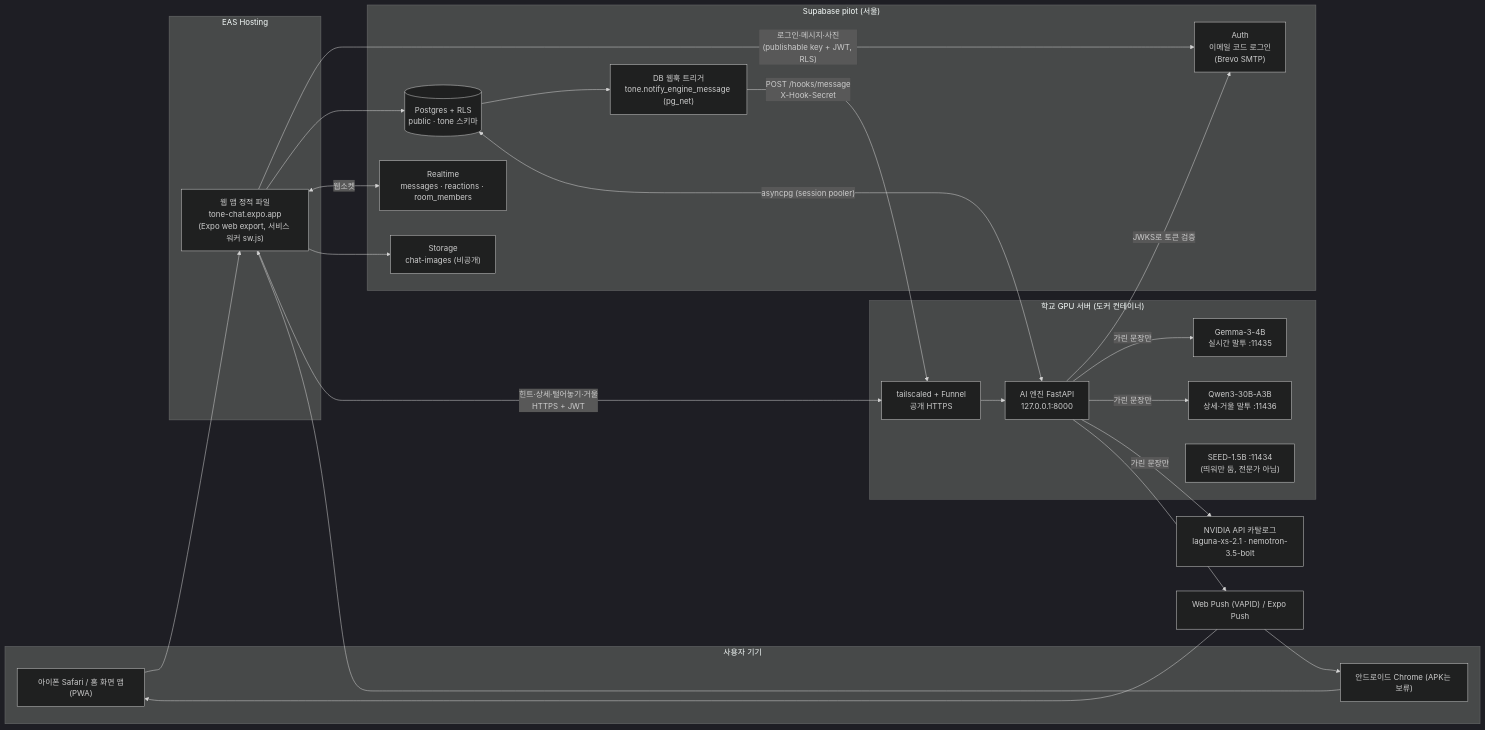
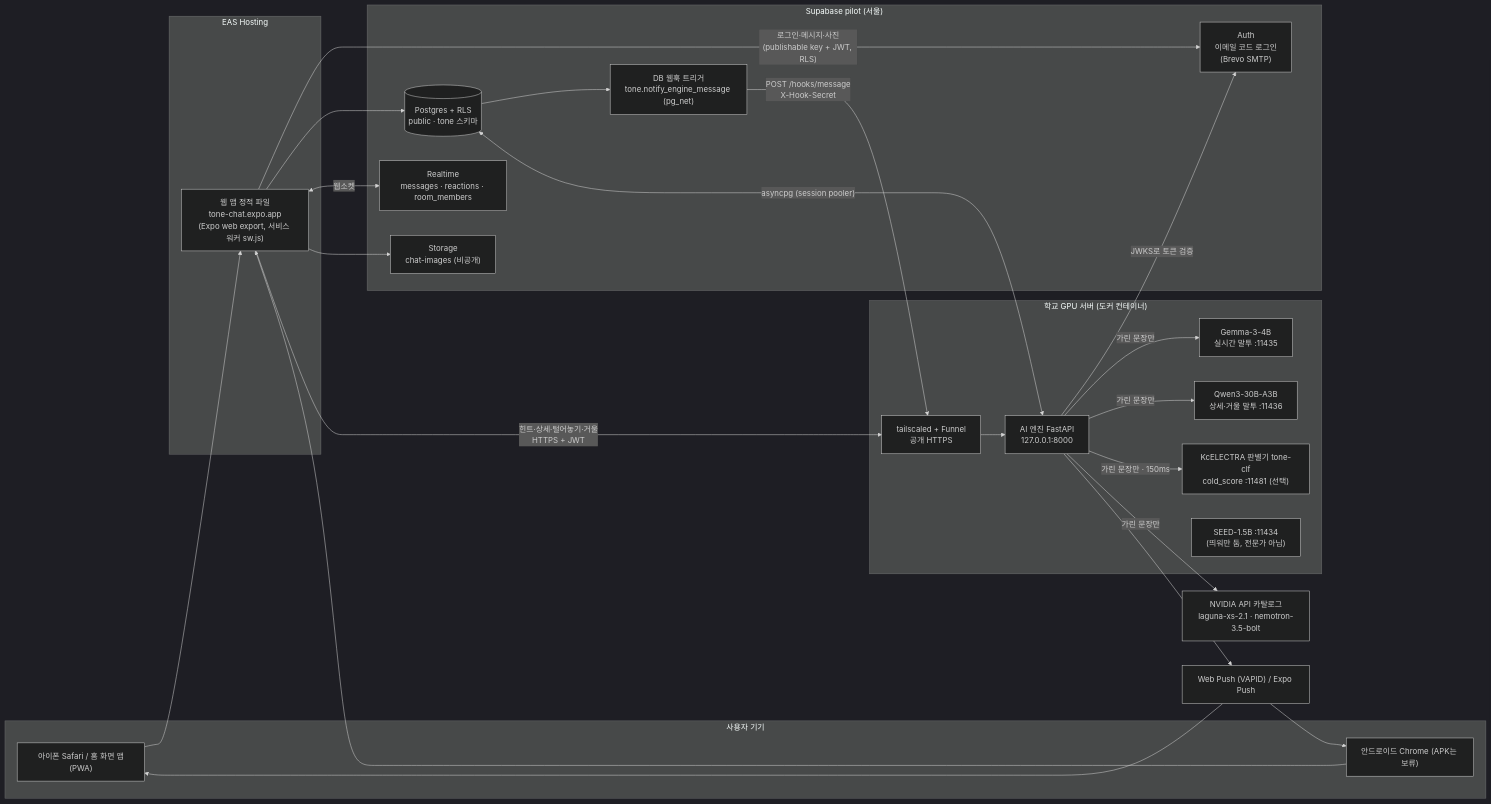
Before and after one commit to Daegyu519/Adventure_Design: the diagram in README.md, drawn with Mermaid (dark theme). The commit also changed other lines of this file and 22 other files, not shown here.

Commit message:
P-28: 학습된 판별기(KcELECTRA)를 집계의 가중 항 clf로 연결 (tone-clf :11481, weights.clf=2.0)

````diff
--- a/README.md
+++ b/README.md
@@ -43,49 +43,51 @@
 ```mermaid
 flowchart LR
   subgraph Devices["사용자 기기"]
     IOS["아이폰 Safari / 홈 화면 앱(PWA)"]
     AND["안드로이드 Chrome (APK는 보류)"]
   end
 
   subgraph Hosting["EAS Hosting"]
     WEB["웹 앱 정적 파일<br/>tone-chat.expo.app<br/>(Expo web export, 서비스 워커 sw.js)"]
   end
 
   subgraph SB["Supabase pilot (서울)"]
     AUTH["Auth<br/>이메일 코드 로그인<br/>(Brevo SMTP)"]
     PG[("Postgres + RLS<br/>public · tone 스키마")]
     RT["Realtime<br/>messages · reactions · room_members"]
     ST["Storage<br/>chat-images (비공개)"]
     HOOK["DB 웹훅 트리거<br/>tone.notify_engine_message (pg_net)"]
   end
 
   subgraph School["학교 GPU 서버 (도커 컨테이너)"]
     TS["tailscaled + Funnel<br/>공개 HTTPS"]
     ENG["AI 엔진 FastAPI<br/>127.0.0.1:8000"]
     GEM["Gemma-3-4B<br/>실시간 말투 :11435"]
     QWEN["Qwen3-30B-A3B<br/>상세·거울 말투 :11436"]
+    CLF["KcELECTRA 판별기 tone-clf<br/>cold_score :11481 (선택)"]
     SEED["SEED-1.5B :11434<br/>(띄워만 둠, 전문가 아님)"]
   end
 
   NV["NVIDIA API 카탈로그<br/>laguna-xs-2.1 · nemotron-3.5-bolt"]
   PUSH["Web Push (VAPID) / Expo Push"]
 
   IOS --> WEB
   AND --> WEB
   WEB -->|"로그인·메시지·사진<br/>(publishable key + JWT, RLS)"| AUTH
   WEB --> PG
   WEB <-->|"웹소켓"| RT
   WEB --> ST
   WEB -->|"힌트·상세·털어놓기·거울<br/>HTTPS + JWT"| TS
   TS --> ENG
   ENG -->|"JWKS로 토큰 검증"| AUTH
   ENG <-->|"asyncpg (session pooler)"| PG
   PG --> HOOK
   HOOK -->|"POST /hooks/message<br/>X-Hook-Secret"| TS
   ENG -->|"가린 문장만"| GEM
   ENG -->|"가린 문장만"| QWEN
+  ENG -->|"가린 문장만 · 150ms"| CLF
   ENG -->|"가린 문장만"| NV
   ENG --> PUSH
   PUSH --> IOS
   PUSH --> AND
 ```
````
